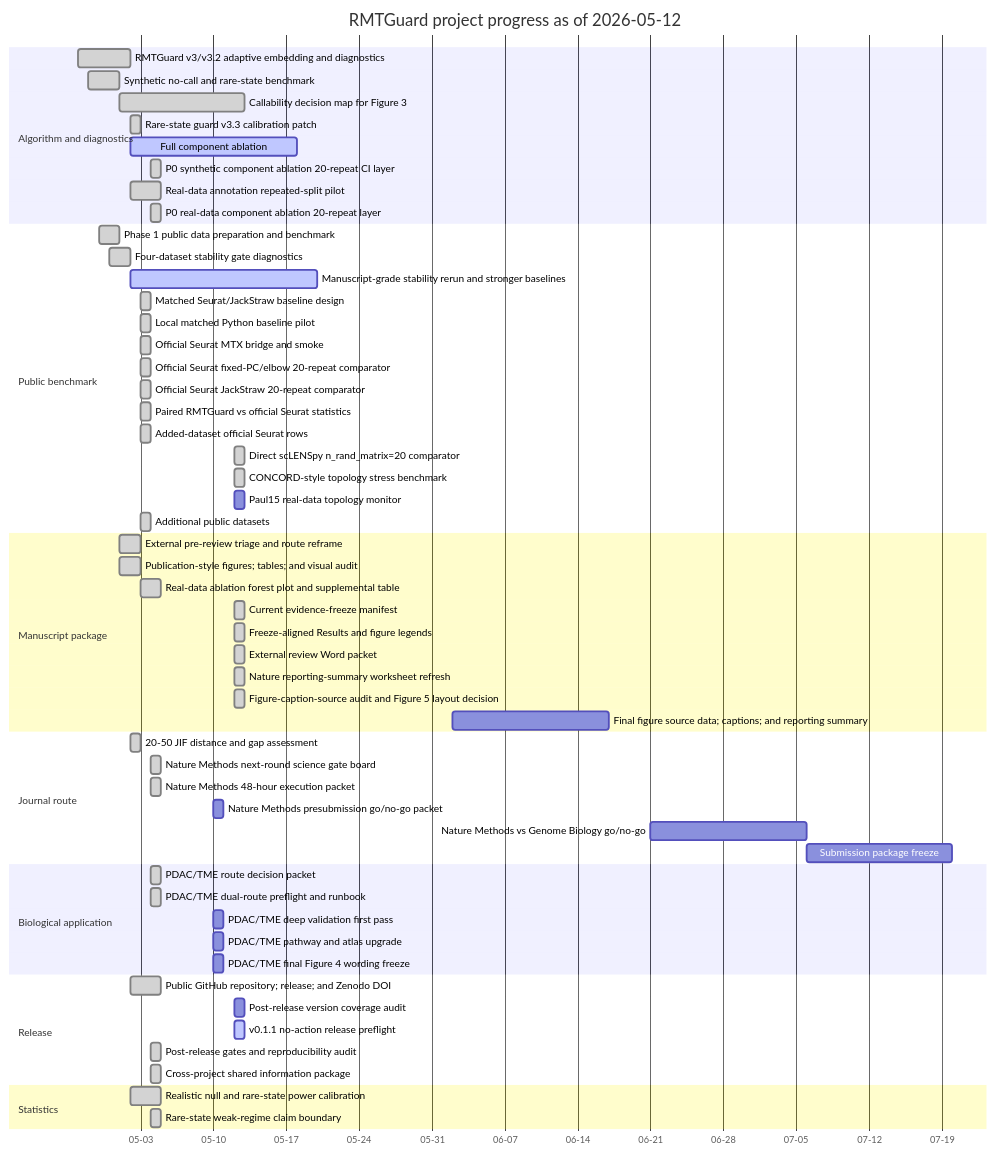
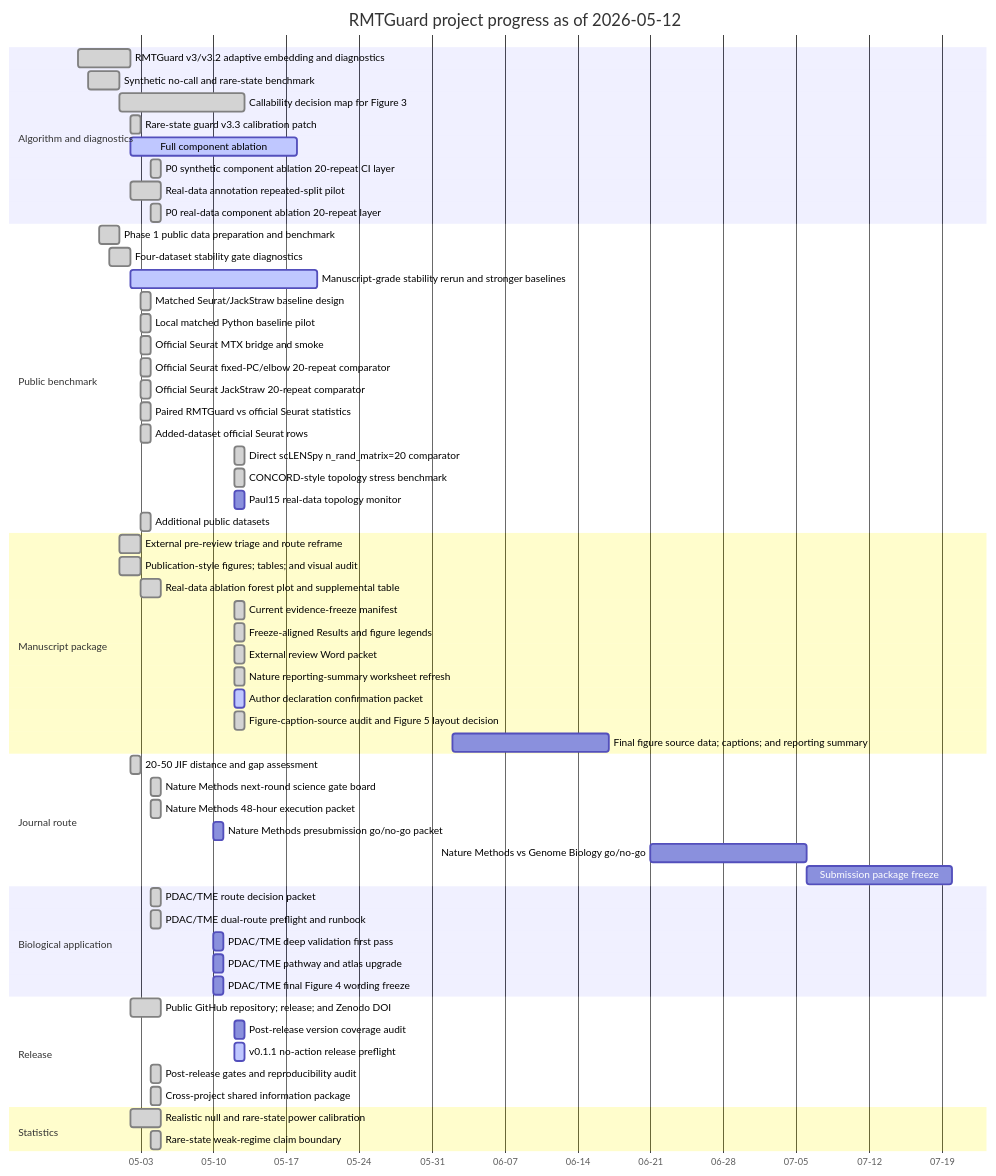
One commit to healthgreat/rmtguard changed the diagram in results/project_management/rmtguard_project_gantt.md. Above: the diagram before and after it, drawn with Mermaid. The commit also changed other lines of this file and 21 other files, not shown here.

Commit message:
Add author declaration confirmation packet

````diff
--- a/results/project_management/rmtguard_project_gantt.md
+++ b/results/project_management/rmtguard_project_gantt.md
@@ -13,62 +13,63 @@
 ```mermaid
 gantt
     title RMTGuard project progress as of 2026-05-12
     dateFormat  YYYY-MM-DD
     axisFormat  %m-%d
     section Algorithm and diagnostics
     RMTGuard v3/v3.2 adaptive embedding and diagnostics :done, T01, 2026-04-27, 5d
     Synthetic no-call and rare-state benchmark :done, T02, 2026-04-28, 3d
     Callability decision map for Figure 3 :done, T03, 2026-05-01, 12d
     Rare-state guard v3.3 calibration patch :done, T04, 2026-05-02, 1d
     Full component ablation :active, T18, 2026-05-02, 16d
     P0 synthetic component ablation 20-repeat CI layer :done, T19, 2026-05-04, 1d
     Real-data annotation repeated-split pilot :done, T20, 2026-05-02, 3d
     P0 real-data component ablation 20-repeat layer :done, T21, 2026-05-04, 1d
     section Public benchmark
     Phase 1 public data preparation and benchmark :done, T05, 2026-04-29, 2d
     Four-dataset stability gate diagnostics :done, T06, 2026-04-30, 2d
     Manuscript-grade stability rerun and stronger baselines :active, T17, 2026-05-02, 18d
-    Matched Seurat/JackStraw baseline design :done, T30, 2026-05-03, 1d
-    Local matched Python baseline pilot :done, T31, 2026-05-03, 1d
-    Official Seurat MTX bridge and smoke :done, T32, 2026-05-03, 1d
-    Official Seurat fixed-PC/elbow 20-repeat comparator :done, T33, 2026-05-03, 1d
-    Official Seurat JackStraw 20-repeat comparator :done, T34, 2026-05-03, 1d
-    Paired RMTGuard vs official Seurat statistics :done, T35, 2026-05-03, 1d
-    Added-dataset official Seurat rows :done, T36, 2026-05-03, 1d
-    Direct scLENSpy n_rand_matrix=20 comparator :done, T37, 2026-05-12, 1d
-    CONCORD-style topology stress benchmark :done, T38, 2026-05-12, 1d
-    Paul15 real-data topology monitor :T39, 2026-05-12, 1d
-    Additional public datasets :done, T43, 2026-05-03, 1d
+    Matched Seurat/JackStraw baseline design :done, T31, 2026-05-03, 1d
+    Local matched Python baseline pilot :done, T32, 2026-05-03, 1d
+    Official Seurat MTX bridge and smoke :done, T33, 2026-05-03, 1d
+    Official Seurat fixed-PC/elbow 20-repeat comparator :done, T34, 2026-05-03, 1d
+    Official Seurat JackStraw 20-repeat comparator :done, T35, 2026-05-03, 1d
+    Paired RMTGuard vs official Seurat statistics :done, T36, 2026-05-03, 1d
+    Added-dataset official Seurat rows :done, T37, 2026-05-03, 1d
+    Direct scLENSpy n_rand_matrix=20 comparator :done, T38, 2026-05-12, 1d
+    CONCORD-style topology stress benchmark :done, T39, 2026-05-12, 1d
+    Paul15 real-data topology monitor :T40, 2026-05-12, 1d
+    Additional public datasets :done, T44, 2026-05-03, 1d
     section Manuscript package
     External pre-review triage and route reframe :done, T07, 2026-05-01, 2d
     Publication-style figures; tables; and visual audit :done, T08, 2026-05-01, 2d
     Real-data ablation forest plot and supplemental table :done, T22, 2026-05-03, 2d
     Current evidence-freeze manifest :done, T23, 2026-05-12, 1d
     Freeze-aligned Results and figure legends :done, T24, 2026-05-12, 1d
     External review Word packet :done, T25, 2026-05-12, 1d
     Nature reporting-summary worksheet refresh :done, T26, 2026-05-12, 1d
-    Figure-caption-source audit and Figure 5 layout decision :done, T27, 2026-05-12, 1d
-    Final figure source data; captions; and reporting summary :T44, 2026-06-02, 15d
+    Author declaration confirmation packet :active, T27, 2026-05-12, 1d
+    Figure-caption-source audit and Figure 5 layout decision :done, T28, 2026-05-12, 1d
+    Final figure source data; captions; and reporting summary :T45, 2026-06-02, 15d
     section Journal route
     20-50 JIF distance and gap assessment :done, T09, 2026-05-02, 1d
     Nature Methods next-round science gate board :done, T10, 2026-05-04, 1d
     Nature Methods 48-hour execution packet :done, T11, 2026-05-04, 1d
-    Nature Methods presubmission go/no-go packet :T47, 2026-05-10, 1d
-    Nature Methods vs Genome Biology go/no-go :T48, 2026-06-21, 15d
-    Submission package freeze :T49, 2026-07-06, 14d
+    Nature Methods presubmission go/no-go packet :T48, 2026-05-10, 1d
+    Nature Methods vs Genome Biology go/no-go :T49, 2026-06-21, 15d
+    Submission package freeze :T50, 2026-07-06, 14d
     section Biological application
     PDAC/TME route decision packet :done, T12, 2026-05-04, 1d
     PDAC/TME dual-route preflight and runbook :done, T13, 2026-05-04, 1d
-    PDAC/TME deep validation first pass :T40, 2026-05-10, 1d
-    PDAC/TME pathway and atlas upgrade :T41, 2026-05-10, 1d
-    PDAC/TME final Figure 4 wording freeze :T42, 2026-05-10, 1d
+    PDAC/TME deep validation first pass :T41, 2026-05-10, 1d
+    PDAC/TME pathway and atlas upgrade :T42, 2026-05-10, 1d
+    PDAC/TME final Figure 4 wording freeze :T43, 2026-05-10, 1d
     section Release
     Public GitHub repository; release; and Zenodo DOI :done, T14, 2026-05-02, 3d
-    Post-release version coverage audit :T28, 2026-05-12, 1d
-    v0.1.1 no-action release preflight :active, T29, 2026-05-12, 1d
-    Post-release gates and reproducibility audit :done, T45, 2026-05-04, 1d
-    Cross-project shared information package :done, T46, 2026-05-04, 1d
+    Post-release version coverage audit :T29, 2026-05-12, 1d
+    v0.1.1 no-action release preflight :active, T30, 2026-05-12, 1d
+    Post-release gates and reproducibility audit :done, T46, 2026-05-04, 1d
+    Cross-project shared information package :done, T47, 2026-05-04, 1d
     section Statistics
     Realistic null and rare-state power calibration :done, T15, 2026-05-02, 3d
     Rare-state weak-regime claim boundary :done, T16, 2026-05-04, 1d
 ```
````
